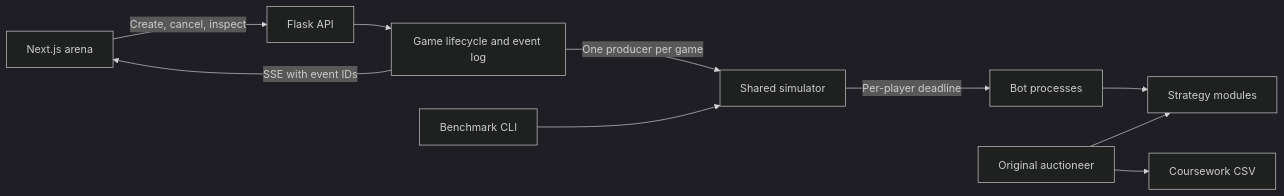
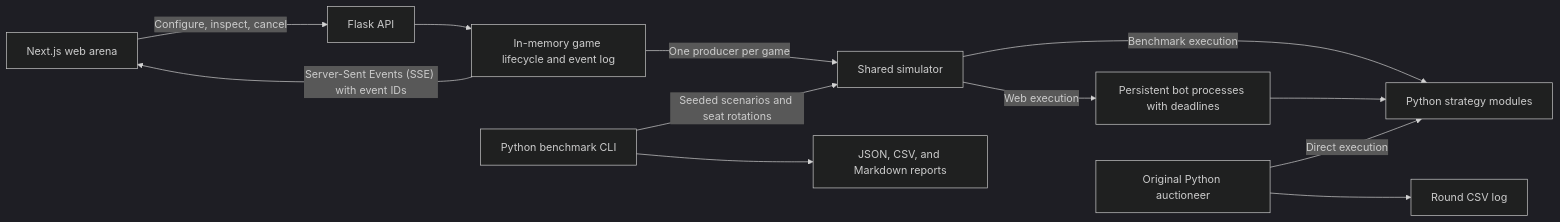
One commit to Shuniy/BiddingSimulation changed the diagram in README.md. Above: the diagram before and after it, drawn with Mermaid (dark theme). The commit also changed other lines of this file, not shown here.

````diff
--- a/README.md
+++ b/README.md
@@ -47,12 +102,14 @@
 ```mermaid
 flowchart LR
-    Browser["Next.js arena"] -->|"Create, cancel, inspect"| API["Flask API"]
-    API --> Records["Game lifecycle and event log"]
-    Records -->|"SSE with event IDs"| Browser
-    Records -->|"One producer per game"| Rules["Shared simulator"]
-    Rules -->|"Per-player deadline"| Workers["Bot processes"]
-    Workers --> Strategy["Strategy modules"]
-    Bench["Benchmark CLI"] --> Rules
-    Ref["Original auctioneer"] --> Strategy
-    Ref --> Log["Coursework CSV"]
+    Arena["Next.js web arena"] -->|"Configure, inspect, cancel"| API["Flask API"]
+    API --> Store["In-memory game lifecycle and event log"]
+    Store -->|"Server-Sent Events (SSE) with event IDs"| Arena
+    Store -->|"One producer per game"| Simulator["Shared simulator"]
+    Benchmark["Python benchmark CLI"] -->|"Seeded scenarios and seat rotations"| Simulator
+    Simulator -->|"Web execution"| Workers["Persistent bot processes with deadlines"]
+    Simulator -->|"Benchmark execution"| Strategies["Python strategy modules"]
+    Workers --> Strategies
+    Original["Original Python auctioneer"] -->|"Direct execution"| Strategies
+    Original --> Logs["Round CSV log"]
+    Benchmark --> Reports["JSON, CSV, and Markdown reports"]
 ```
````
